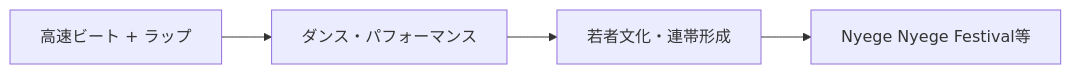
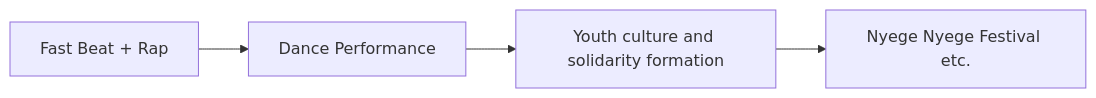
The second of 6 diagrams in en/_posts/2025-10-04-Column-Nyege-Nyege.md (monumental-movement/monumental-movement.github.io), drawn with Mermaid before and after one commit. The commit also changed other lines of this file and 152 other files, not shown here.

```diff
--- a/en/_posts/2025-10-04-Column-Nyege-Nyege.md
+++ b/en/_posts/2025-10-04-Column-Nyege-Nyege.md
@@ -137,8 +137,8 @@
 <div class="mermaid">
 
 flowchart LR
-    Music["高速ビート + ラップ"] --> Dance["ダンス・パフォーマンス"]
-    Dance --> Community["若者文化・連帯形成"]
-    Community --> Festivals["Nyege Nyege Festival等"]
+    Music["Fast Beat + Rap"] --> Dance["Dance Performance"]
+    Dance --> Community["Youth culture and solidarity formation"]
+    Community --> Festivals["Nyege Nyege Festival etc."]
 
 </div>
```
